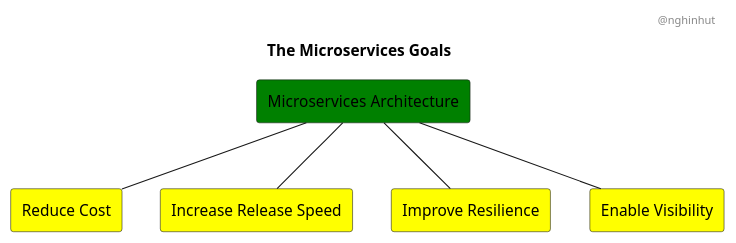
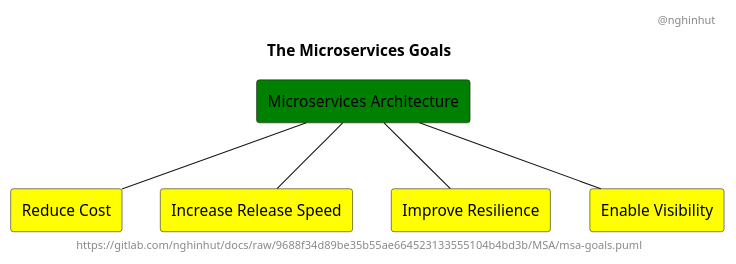
One commit to nghinhut/docs changed the diagram in MSA/msa-goals.puml. Above: the diagram before and after it, drawn with PlantUML. The commit also changed 18 other files, not shown here.

Commit message:
Update diagrams

```diff
--- a/MSA/msa-goals.puml
+++ b/MSA/msa-goals.puml
@@ -1,22 +1,26 @@
 @startuml
-'-----BEGIN HEADER-----
-'-----END HEADER-----
+'-----START auto generated metadata please keep comment here to allow auto update-----
+'-----DON'T EDIT THIS SECTION, INSTEAD RE-RUN prebuild.sh TO UPDATE-----
+header @nghinhut
+footer https://gitlab.com/nghinhut/docs/raw/9688f34d89be35b55ae664523133555104b4bd3b/MSA/msa-goals.puml
+'-----END auto generated metadata please keep comment here to allow auto update-----
+
 
 header @nghinhut
 title The Microservices Goals
 
 rectangle "Microservices Architecture" as msa #green
 
 rectangle "Reduce Cost" as goal1 #yellow
 rectangle "Increase Release Speed" as goal2 #yellow
 rectangle "Improve Resilience" as goal3 #yellow
 rectangle "Enable Visibility" as goal4 #yellow
 
 msa -- goal1
 msa -- goal2
 msa -- goal3
 msa -- goal4
 
 
 
 @enduml
```
